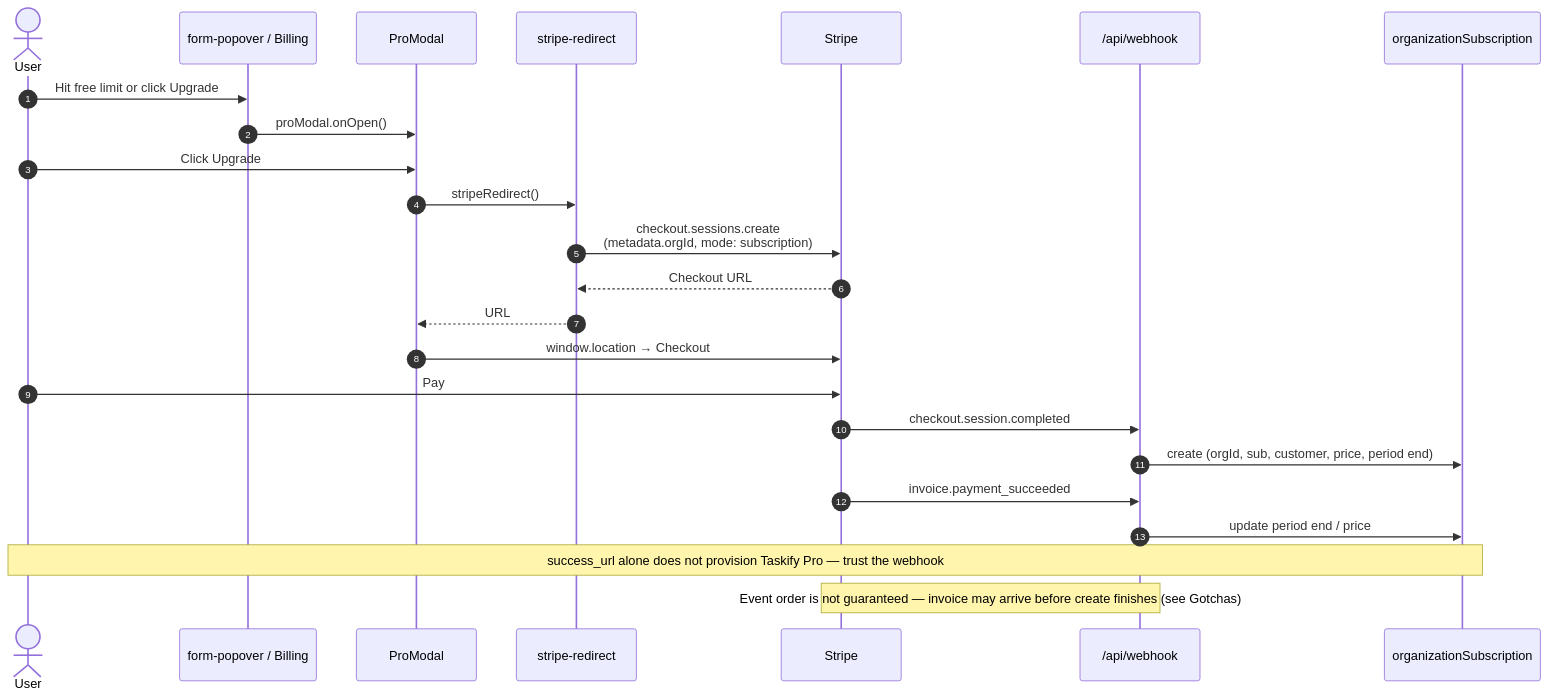
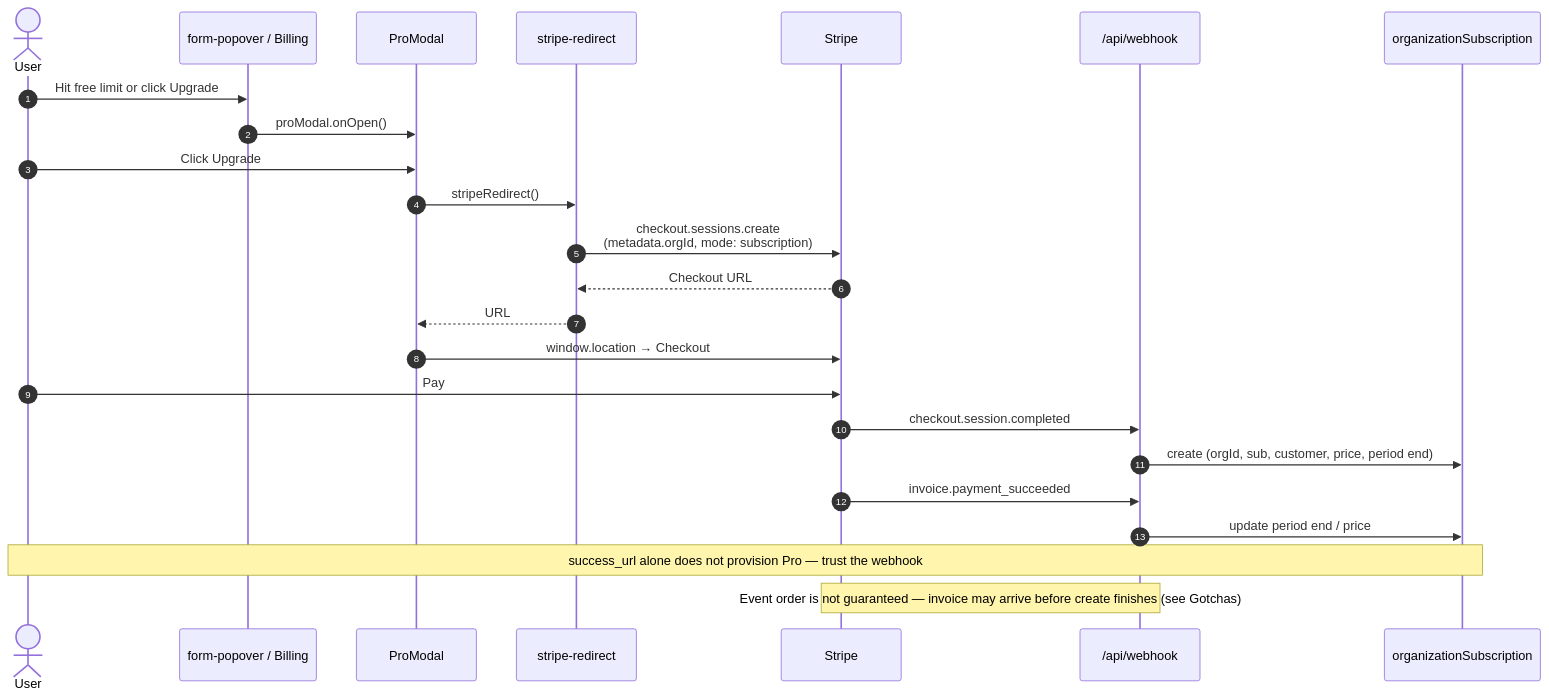
The fifth of 7 diagrams in docs/stripe.md (manhcuongdtbk/taskify), drawn with Mermaid before and after one commit. The commit also changed other lines of this file and 15 other files, not shown here.

````diff
--- a/docs/stripe.md
+++ b/docs/stripe.md
@@ -237,27 +237,27 @@
 ```mermaid
 sequenceDiagram
   autonumber
   actor User
   participant UI as form-popover / Billing
   participant Modal as ProModal
   participant Action as stripe-redirect
   participant Stripe as Stripe
   participant Webhook as /api/webhook
   participant DB as organizationSubscription
 
   User->>UI: Hit free limit or click Upgrade
   UI->>Modal: proModal.onOpen()
   User->>Modal: Click Upgrade
   Modal->>Action: stripeRedirect()
   Action->>Stripe: checkout.sessions.create<br/>(metadata.orgId, mode: subscription)
   Stripe-->>Action: Checkout URL
   Action-->>Modal: URL
   Modal->>Stripe: window.location → Checkout
   User->>Stripe: Pay
   Stripe->>Webhook: checkout.session.completed
   Webhook->>DB: create (orgId, sub, customer, price, period end)
   Stripe->>Webhook: invoice.payment_succeeded
   Webhook->>DB: update period end / price
-  Note over User,DB: success_url alone does not provision Taskify Pro — trust the webhook
+  Note over User,DB: success_url alone does not provision Pro — trust the webhook
   Note over Stripe,Webhook: Event order is not guaranteed — invoice may arrive before create finishes (see Gotchas)
 ```
````
